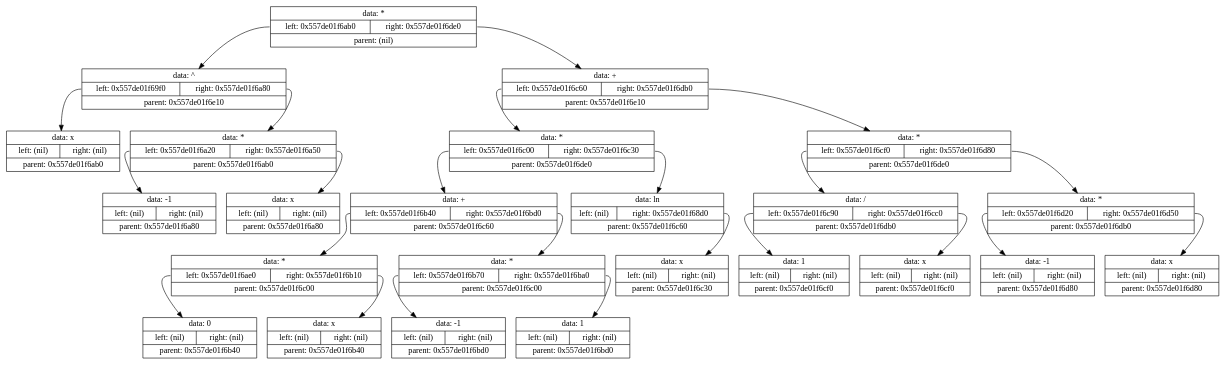
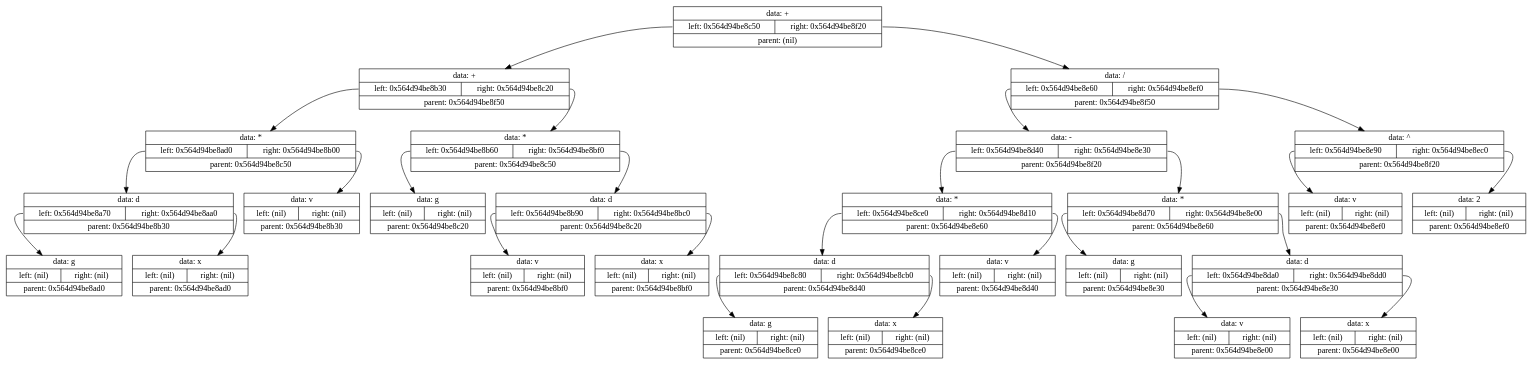
One commit to Shishqa/MIPT_1sem_C_lang changed the diagram in Projects/8.Differenciator/log/tmp/tempautogeneratedlog.gv. Above: the diagram before and after it, drawn with Graphviz. The commit also changed 10 other files, not shown here.

```diff
--- a/Projects/8.Differenciator/log/tmp/tempautogeneratedlog.gv
+++ b/Projects/8.Differenciator/log/tmp/tempautogeneratedlog.gv
@@ -1,51 +1,57 @@
 digraph dump
 {
-	node0x557de01f6e10 [shape = "record", label = "{<f1>data: *|{<f2>left: 0x557de01f6ab0|<f3>right: 0x557de01f6de0}|<f4>parent: (nil)}"];
-	node0x557de01f6ab0 [shape = "record", label = "{<f1>data: ^|{<f2>left: 0x557de01f69f0|<f3>right: 0x557de01f6a80}|<f4>parent: 0x557de01f6e10}"];
-	node0x557de01f69f0 [shape = "record", label = "{<f1>data: x|{<f2>left: (nil)|<f3>right: (nil)}|<f4>parent: 0x557de01f6ab0}"];
-	node0x557de01f6ab0:f2 -> node0x557de01f69f0
-	node0x557de01f6a80 [shape = "record", label = "{<f1>data: *|{<f2>left: 0x557de01f6a20|<f3>right: 0x557de01f6a50}|<f4>parent: 0x557de01f6ab0}"];
-	node0x557de01f6a20 [shape = "record", label = "{<f1>data: -1|{<f2>left: (nil)|<f3>right: (nil)}|<f4>parent: 0x557de01f6a80}"];
-	node0x557de01f6a80:f2 -> node0x557de01f6a20
-	node0x557de01f6a50 [shape = "record", label = "{<f1>data: x|{<f2>left: (nil)|<f3>right: (nil)}|<f4>parent: 0x557de01f6a80}"];
-	node0x557de01f6a80:f3 -> node0x557de01f6a50
-	node0x557de01f6ab0:f3 -> node0x557de01f6a80
-	node0x557de01f6e10:f2 -> node0x557de01f6ab0
-	node0x557de01f6de0 [shape = "record", label = "{<f1>data: +|{<f2>left: 0x557de01f6c60|<f3>right: 0x557de01f6db0}|<f4>parent: 0x557de01f6e10}"];
-	node0x557de01f6c60 [shape = "record", label = "{<f1>data: *|{<f2>left: 0x557de01f6c00|<f3>right: 0x557de01f6c30}|<f4>parent: 0x557de01f6de0}"];
-	node0x557de01f6c00 [shape = "record", label = "{<f1>data: +|{<f2>left: 0x557de01f6b40|<f3>right: 0x557de01f6bd0}|<f4>parent: 0x557de01f6c60}"];
-	node0x557de01f6b40 [shape = "record", label = "{<f1>data: *|{<f2>left: 0x557de01f6ae0|<f3>right: 0x557de01f6b10}|<f4>parent: 0x557de01f6c00}"];
-	node0x557de01f6ae0 [shape = "record", label = "{<f1>data: 0|{<f2>left: (nil)|<f3>right: (nil)}|<f4>parent: 0x557de01f6b40}"];
-	node0x557de01f6b40:f2 -> node0x557de01f6ae0
-	node0x557de01f6b10 [shape = "record", label = "{<f1>data: x|{<f2>left: (nil)|<f3>right: (nil)}|<f4>parent: 0x557de01f6b40}"];
-	node0x557de01f6b40:f3 -> node0x557de01f6b10
-	node0x557de01f6c00:f2 -> node0x557de01f6b40
-	node0x557de01f6bd0 [shape = "record", label = "{<f1>data: *|{<f2>left: 0x557de01f6b70|<f3>right: 0x557de01f6ba0}|<f4>parent: 0x557de01f6c00}"];
-	node0x557de01f6b70 [shape = "record", label = "{<f1>data: -1|{<f2>left: (nil)|<f3>right: (nil)}|<f4>parent: 0x557de01f6bd0}"];
-	node0x557de01f6bd0:f2 -> node0x557de01f6b70
-	node0x557de01f6ba0 [shape = "record", label = "{<f1>data: 1|{<f2>left: (nil)|<f3>right: (nil)}|<f4>parent: 0x557de01f6bd0}"];
-	node0x557de01f6bd0:f3 -> node0x557de01f6ba0
-	node0x557de01f6c00:f3 -> node0x557de01f6bd0
-	node0x557de01f6c60:f2 -> node0x557de01f6c00
-	node0x557de01f6c30 [shape = "record", label = "{<f1>data: ln|{<f2>left: (nil)|<f3>right: 0x557de01f68d0}|<f4>parent: 0x557de01f6c60}"];
-	node0x557de01f68d0 [shape = "record", label = "{<f1>data: x|{<f2>left: (nil)|<f3>right: (nil)}|<f4>parent: 0x557de01f6c30}"];
-	node0x557de01f6c30:f3 -> node0x557de01f68d0
-	node0x557de01f6c60:f3 -> node0x557de01f6c30
-	node0x557de01f6de0:f2 -> node0x557de01f6c60
-	node0x557de01f6db0 [shape = "record", label = "{<f1>data: *|{<f2>left: 0x557de01f6cf0|<f3>right: 0x557de01f6d80}|<f4>parent: 0x557de01f6de0}"];
-	node0x557de01f6cf0 [shape = "record", label = "{<f1>data: /|{<f2>left: 0x557de01f6c90|<f3>right: 0x557de01f6cc0}|<f4>parent: 0x557de01f6db0}"];
-	node0x557de01f6c90 [shape = "record", label = "{<f1>data: 1|{<f2>left: (nil)|<f3>right: (nil)}|<f4>parent: 0x557de01f6cf0}"];
-	node0x557de01f6cf0:f2 -> node0x557de01f6c90
-	node0x557de01f6cc0 [shape = "record", label = "{<f1>data: x|{<f2>left: (nil)|<f3>right: (nil)}|<f4>parent: 0x557de01f6cf0}"];
-	node0x557de01f6cf0:f3 -> node0x557de01f6cc0
-	node0x557de01f6db0:f2 -> node0x557de01f6cf0
-	node0x557de01f6d80 [shape = "record", label = "{<f1>data: *|{<f2>left: 0x557de01f6d20|<f3>right: 0x557de01f6d50}|<f4>parent: 0x557de01f6db0}"];
-	node0x557de01f6d20 [shape = "record", label = "{<f1>data: -1|{<f2>left: (nil)|<f3>right: (nil)}|<f4>parent: 0x557de01f6d80}"];
-	node0x557de01f6d80:f2 -> node0x557de01f6d20
-	node0x557de01f6d50 [shape = "record", label = "{<f1>data: x|{<f2>left: (nil)|<f3>right: (nil)}|<f4>parent: 0x557de01f6d80}"];
-	node0x557de01f6d80:f3 -> node0x557de01f6d50
-	node0x557de01f6db0:f3 -> node0x557de01f6d80
-	node0x557de01f6de0:f3 -> node0x557de01f6db0
-	node0x557de01f6e10:f3 -> node0x557de01f6de0
+	node0x564d94be8f50 [shape = "record", label = "{<f1>data: +|{<f2>left: 0x564d94be8c50|<f3>right: 0x564d94be8f20}|<f4>parent: (nil)}"];
+	node0x564d94be8c50 [shape = "record", label = "{<f1>data: +|{<f2>left: 0x564d94be8b30|<f3>right: 0x564d94be8c20}|<f4>parent: 0x564d94be8f50}"];
+	node0x564d94be8b30 [shape = "record", label = "{<f1>data: *|{<f2>left: 0x564d94be8ad0|<f3>right: 0x564d94be8b00}|<f4>parent: 0x564d94be8c50}"];
+	node0x564d94be8ad0 [shape = "record", label = "{<f1>data: d|{<f2>left: 0x564d94be8a70|<f3>right: 0x564d94be8aa0}|<f4>parent: 0x564d94be8b30}"];
+	node0x564d94be8a70 [shape = "record", label = "{<f1>data: g|{<f2>left: (nil)|<f3>right: (nil)}|<f4>parent: 0x564d94be8ad0}"];
+	node0x564d94be8ad0:f2 -> node0x564d94be8a70
+	node0x564d94be8aa0 [shape = "record", label = "{<f1>data: x|{<f2>left: (nil)|<f3>right: (nil)}|<f4>parent: 0x564d94be8ad0}"];
+	node0x564d94be8ad0:f3 -> node0x564d94be8aa0
+	node0x564d94be8b30:f2 -> node0x564d94be8ad0
+	node0x564d94be8b00 [shape = "record", label = "{<f1>data: v|{<f2>left: (nil)|<f3>right: (nil)}|<f4>parent: 0x564d94be8b30}"];
+	node0x564d94be8b30:f3 -> node0x564d94be8b00
+	node0x564d94be8c50:f2 -> node0x564d94be8b30
+	node0x564d94be8c20 [shape = "record", label = "{<f1>data: *|{<f2>left: 0x564d94be8b60|<f3>right: 0x564d94be8bf0}|<f4>parent: 0x564d94be8c50}"];
+	node0x564d94be8b60 [shape = "record", label = "{<f1>data: g|{<f2>left: (nil)|<f3>right: (nil)}|<f4>parent: 0x564d94be8c20}"];
+	node0x564d94be8c20:f2 -> node0x564d94be8b60
+	node0x564d94be8bf0 [shape = "record", label = "{<f1>data: d|{<f2>left: 0x564d94be8b90|<f3>right: 0x564d94be8bc0}|<f4>parent: 0x564d94be8c20}"];
+	node0x564d94be8b90 [shape = "record", label = "{<f1>data: v|{<f2>left: (nil)|<f3>right: (nil)}|<f4>parent: 0x564d94be8bf0}"];
+	node0x564d94be8bf0:f2 -> node0x564d94be8b90
+	node0x564d94be8bc0 [shape = "record", label = "{<f1>data: x|{<f2>left: (nil)|<f3>right: (nil)}|<f4>parent: 0x564d94be8bf0}"];
+	node0x564d94be8bf0:f3 -> node0x564d94be8bc0
+	node0x564d94be8c20:f3 -> node0x564d94be8bf0
+	node0x564d94be8c50:f3 -> node0x564d94be8c20
+	node0x564d94be8f50:f2 -> node0x564d94be8c50
+	node0x564d94be8f20 [shape = "record", label = "{<f1>data: /|{<f2>left: 0x564d94be8e60|<f3>right: 0x564d94be8ef0}|<f4>parent: 0x564d94be8f50}"];
+	node0x564d94be8e60 [shape = "record", label = "{<f1>data: -|{<f2>left: 0x564d94be8d40|<f3>right: 0x564d94be8e30}|<f4>parent: 0x564d94be8f20}"];
+	node0x564d94be8d40 [shape = "record", label = "{<f1>data: *|{<f2>left: 0x564d94be8ce0|<f3>right: 0x564d94be8d10}|<f4>parent: 0x564d94be8e60}"];
+	node0x564d94be8ce0 [shape = "record", label = "{<f1>data: d|{<f2>left: 0x564d94be8c80|<f3>right: 0x564d94be8cb0}|<f4>parent: 0x564d94be8d40}"];
+	node0x564d94be8c80 [shape = "record", label = "{<f1>data: g|{<f2>left: (nil)|<f3>right: (nil)}|<f4>parent: 0x564d94be8ce0}"];
+	node0x564d94be8ce0:f2 -> node0x564d94be8c80
+	node0x564d94be8cb0 [shape = "record", label = "{<f1>data: x|{<f2>left: (nil)|<f3>right: (nil)}|<f4>parent: 0x564d94be8ce0}"];
+	node0x564d94be8ce0:f3 -> node0x564d94be8cb0
+	node0x564d94be8d40:f2 -> node0x564d94be8ce0
+	node0x564d94be8d10 [shape = "record", label = "{<f1>data: v|{<f2>left: (nil)|<f3>right: (nil)}|<f4>parent: 0x564d94be8d40}"];
+	node0x564d94be8d40:f3 -> node0x564d94be8d10
+	node0x564d94be8e60:f2 -> node0x564d94be8d40
+	node0x564d94be8e30 [shape = "record", label = "{<f1>data: *|{<f2>left: 0x564d94be8d70|<f3>right: 0x564d94be8e00}|<f4>parent: 0x564d94be8e60}"];
+	node0x564d94be8d70 [shape = "record", label = "{<f1>data: g|{<f2>left: (nil)|<f3>right: (nil)}|<f4>parent: 0x564d94be8e30}"];
+	node0x564d94be8e30:f2 -> node0x564d94be8d70
+	node0x564d94be8e00 [shape = "record", label = "{<f1>data: d|{<f2>left: 0x564d94be8da0|<f3>right: 0x564d94be8dd0}|<f4>parent: 0x564d94be8e30}"];
+	node0x564d94be8da0 [shape = "record", label = "{<f1>data: v|{<f2>left: (nil)|<f3>right: (nil)}|<f4>parent: 0x564d94be8e00}"];
+	node0x564d94be8e00:f2 -> node0x564d94be8da0
+	node0x564d94be8dd0 [shape = "record", label = "{<f1>data: x|{<f2>left: (nil)|<f3>right: (nil)}|<f4>parent: 0x564d94be8e00}"];
+	node0x564d94be8e00:f3 -> node0x564d94be8dd0
+	node0x564d94be8e30:f3 -> node0x564d94be8e00
+	node0x564d94be8e60:f3 -> node0x564d94be8e30
+	node0x564d94be8f20:f2 -> node0x564d94be8e60
+	node0x564d94be8ef0 [shape = "record", label = "{<f1>data: ^|{<f2>left: 0x564d94be8e90|<f3>right: 0x564d94be8ec0}|<f4>parent: 0x564d94be8f20}"];
+	node0x564d94be8e90 [shape = "record", label = "{<f1>data: v|{<f2>left: (nil)|<f3>right: (nil)}|<f4>parent: 0x564d94be8ef0}"];
+	node0x564d94be8ef0:f2 -> node0x564d94be8e90
+	node0x564d94be8ec0 [shape = "record", label = "{<f1>data: 2|{<f2>left: (nil)|<f3>right: (nil)}|<f4>parent: 0x564d94be8ef0}"];
+	node0x564d94be8ef0:f3 -> node0x564d94be8ec0
+	node0x564d94be8f20:f3 -> node0x564d94be8ef0
+	node0x564d94be8f50:f3 -> node0x564d94be8f20
 
 }
```
